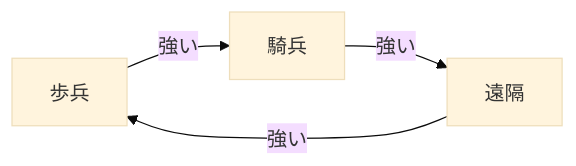
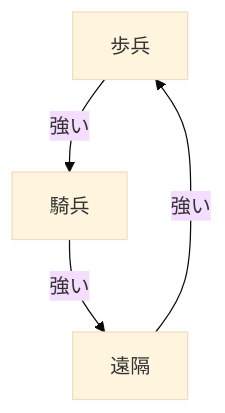
The diagram in temp/military-combat-guide-draft.md (anno117-wiki/anno117-wiki.github.io), drawn with Mermaid (base theme) before and after one commit. The commit also changed 25 other files, not shown here.

First line of the commit message:
fix: 軍事ガイドのユニット三すくみ図をインラインSVGに変更

````diff
--- a/temp/military-combat-guide-draft.md
+++ b/temp/military-combat-guide-draft.md
@@ -15,6 +15,6 @@
 ```mermaid
-graph LR
+graph TD
   歩兵 -->|強い| 騎兵
   騎兵 -->|強い| 遠隔
   遠隔 -->|強い| 歩兵
 ```
````
